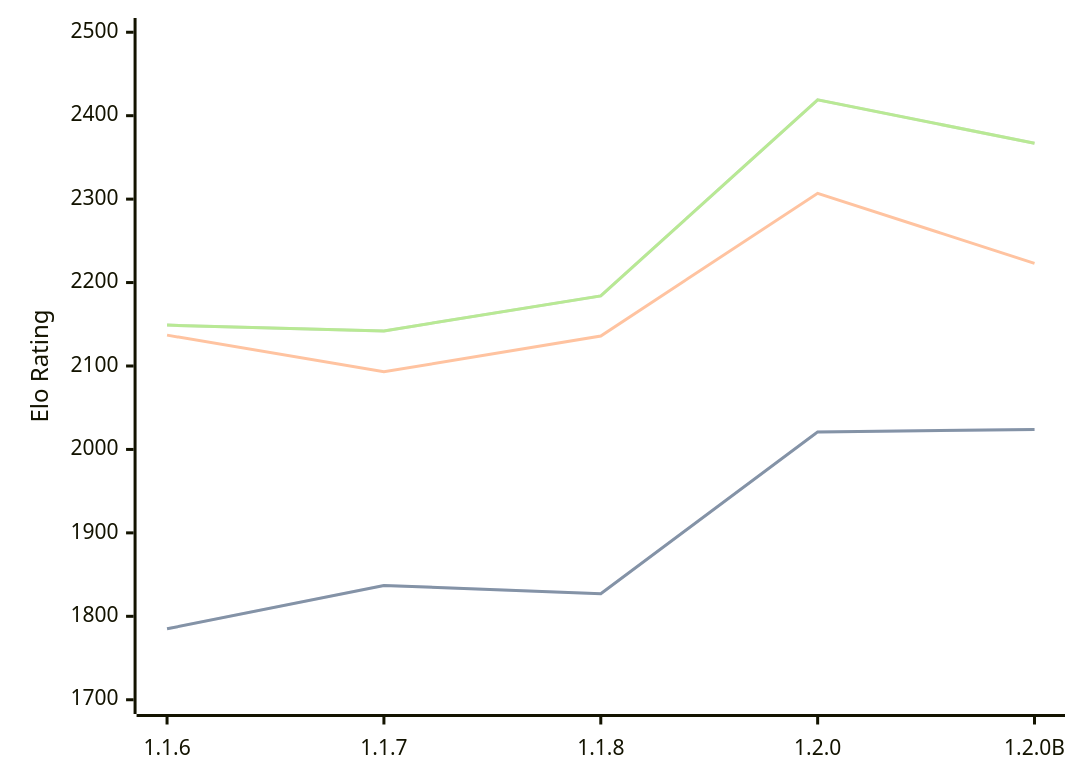
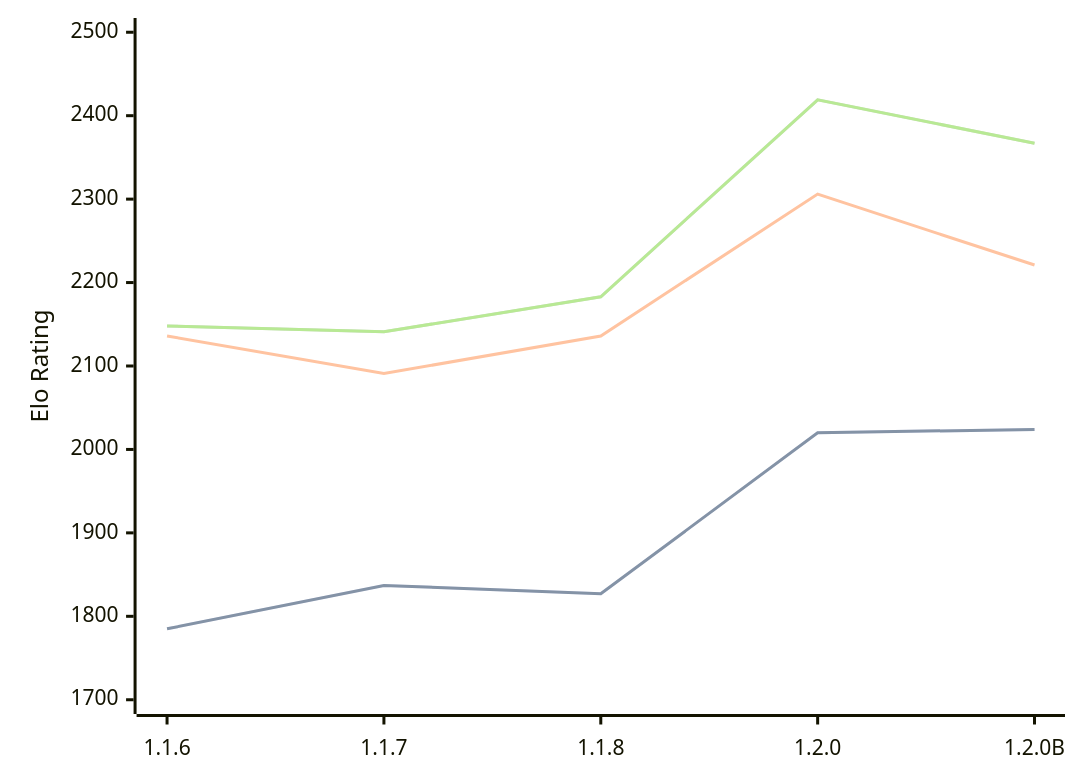
Before and after one commit to computer-chess-index/cci: the third of 3 diagrams in engines/Soomi.md, drawn with Mermaid. The commit also changed other lines of this file, not shown here.

Commit message:
Update CCI Ratings (ELO VLTC) - 2026-06-27

````diff
--- a/engines/Soomi.md
+++ b/engines/Soomi.md
@@ -68,11 +68,11 @@
 ```mermaid
 %%{init: {"theme":"base","themeVariables":{"seriesColors:['#a3a3a3','#222221','#faa371']}}}%%
 xychart-beta
   x-axis ["1.1.6", "1.1.7", "1.1.8", "1.2.0", "1.2.0B"]
   y-axis "Elo Rating" 1700 --> 2500
-  line "STC (8.0+0.08s)" [1785, 1837, 1827, 2021, 2024]
-  line "STC (8.0+0.08s)" [1785, 1837, 1827, 2021, 2024]
-  line "LTC (60.0+0.60s)" [2137, 2093, 2136, 2307, 2223]
-  line "VLTC (2m24s+1.12s)" [2149, 2142, 2184, 2419, 2367]
-  line "VLTC (2m24s+1.12s)" [2149, 2142, 2184, 2419, 2367]
+  line "STC (8.0+0.08s)" [1785, 1837, 1827, 2020, 2024]
+  line "STC (8.0+0.08s)" [1785, 1837, 1827, 2020, 2024]
+  line "LTC (60.0+0.60s)" [2136, 2091, 2136, 2306, 2221]
+  line "VLTC (2m24s+1.12s)" [2148, 2141, 2183, 2419, 2367]
+  line "VLTC (2m24s+1.12s)" [2148, 2141, 2183, 2419, 2367]
 ```
````
